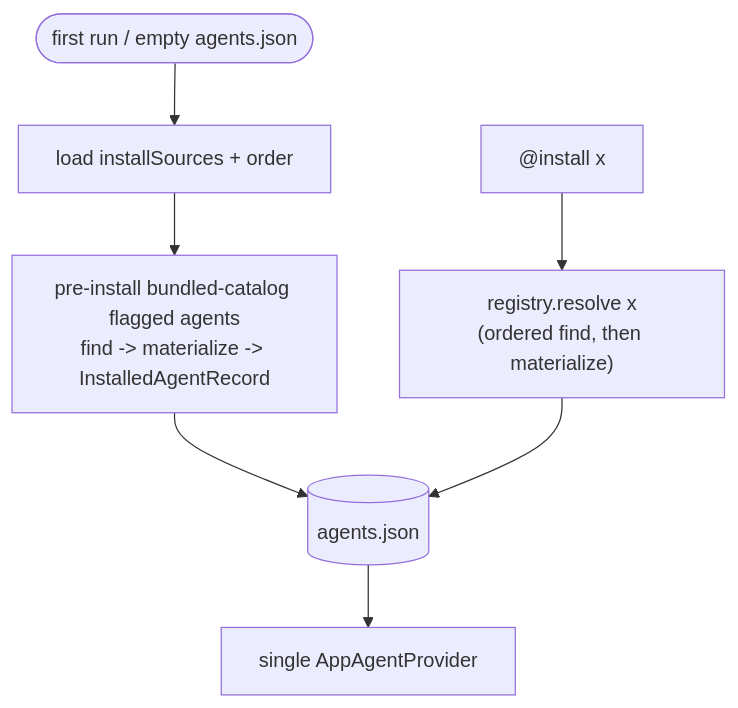
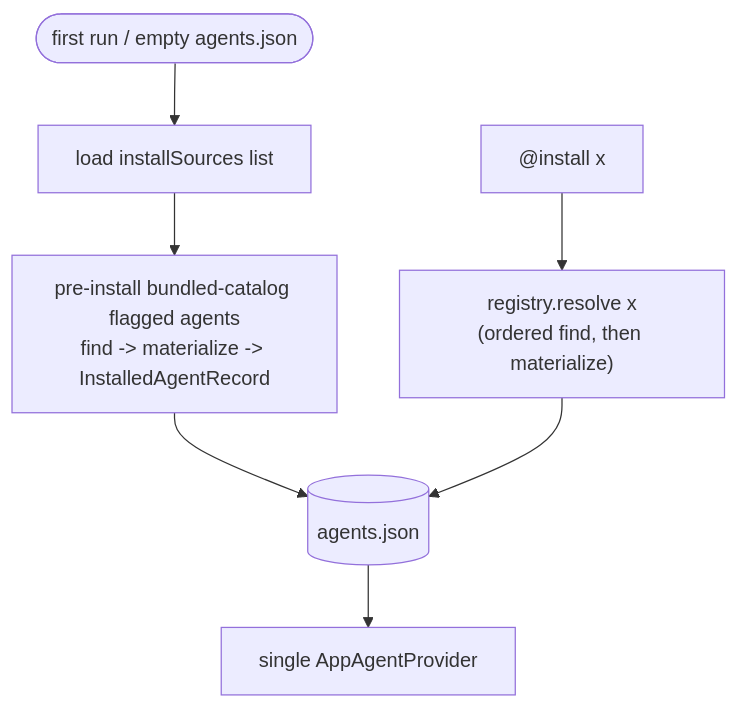
One commit to microsoft/TypeAgent changed the fourth of 5 diagrams in ts/docs/design/agentInstallSource/DESIGN.md. Above: the diagram before and after it, drawn with Mermaid. The commit also changed other lines of this file and 12 other files, not shown here.

First line of the commit message:
Collapse install-source order into the sources list; drop path CWD default

````diff
--- a/ts/docs/design/agentInstallSource/DESIGN.md
+++ b/ts/docs/design/agentInstallSource/DESIGN.md
@@ -565,8 +569,8 @@
 ```mermaid
 flowchart TD
-    start([first run / empty agents.json]) --> seed[load installSources + order]
+    start([first run / empty agents.json]) --> seed[load installSources list]
     seed --> pre["pre-install bundled-catalog flagged agents<br/>find -> materialize -> InstalledAgentRecord"]
     pre --> write[(agents.json)]
     write --> prov[single AppAgentProvider]
     later["@install x"] --> walk["registry.resolve x<br/>(ordered find, then materialize)"] --> write
 ```
````
